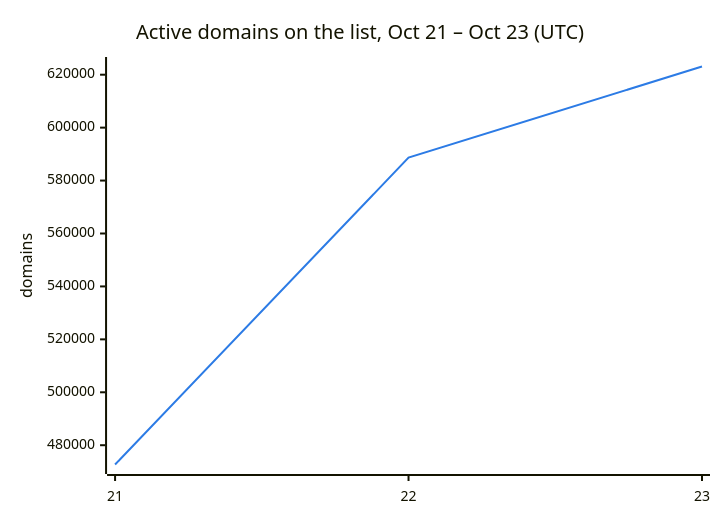
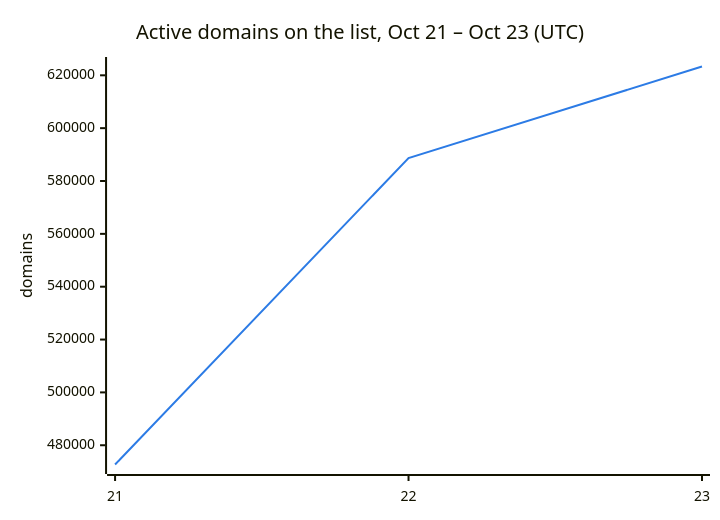
The second of 3 diagrams in README.md (DNSBunker/CTI), drawn with Mermaid before and after one commit. The commit also changed other lines of this file and 3 other files, not shown here.

````diff
--- a/README.md
+++ b/README.md
@@ -38,8 +38,8 @@
 ```mermaid
 %%{init: {"themeVariables": {"xyChart": {"plotColorPalette": "#2c7be5"}}}}%%
 xychart-beta
     title "Active domains on the list, Oct 21 – Oct 23 (UTC)"
     x-axis ["21", "22", "23"]
     y-axis "domains"
-    line [472713, 588659, 623100]
+    line [472713, 588659, 623335]
 ```
````
